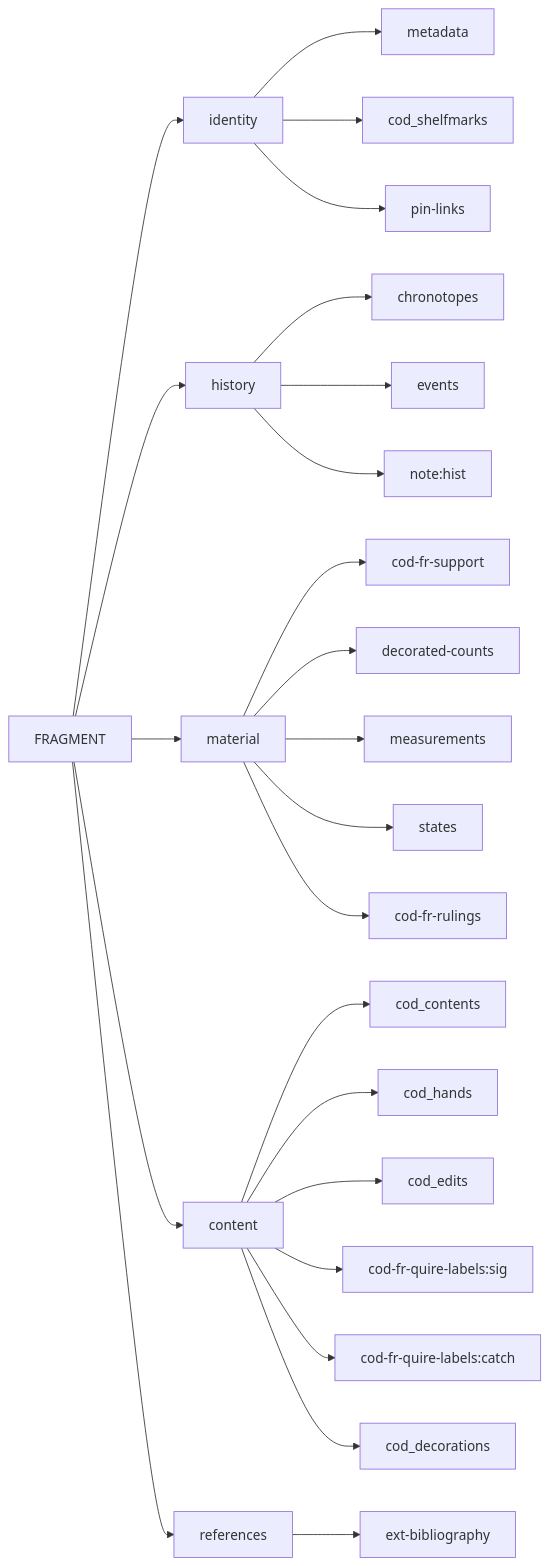
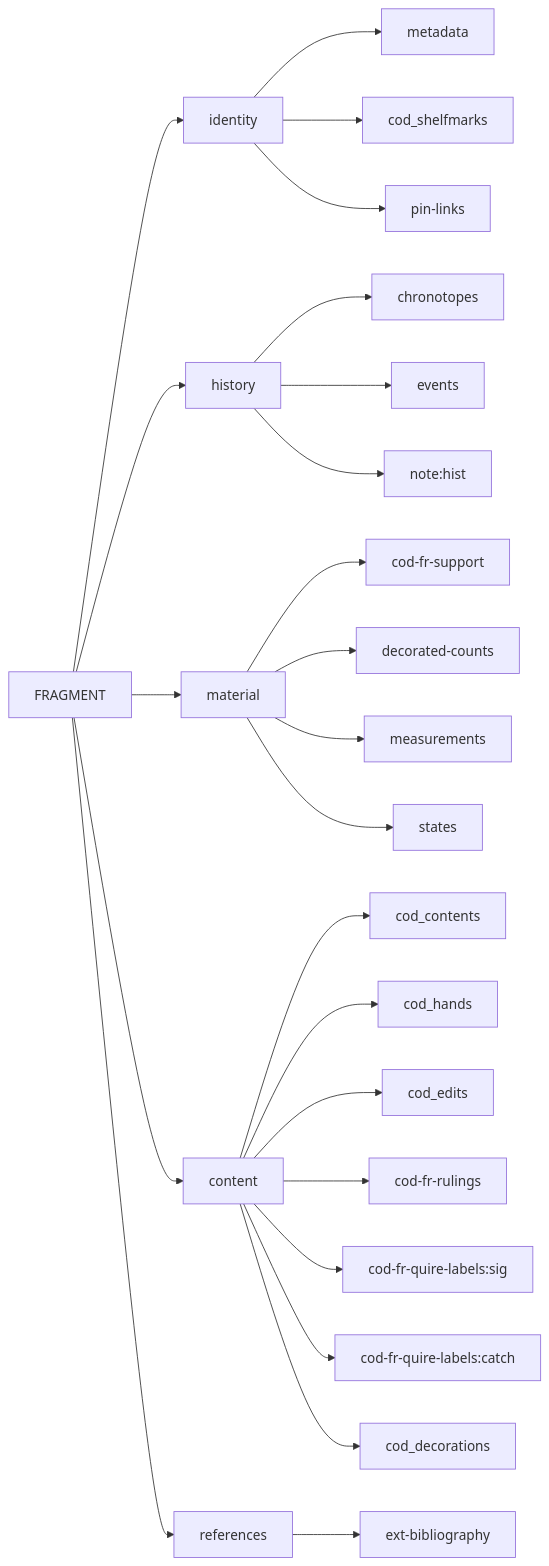
The diagram in README.md (vedph/cadmus-ndp-frac), drawn with Mermaid before and after one commit.

````diff
--- a/README.md
+++ b/README.md
@@ -23,26 +23,26 @@
 ```mermaid
 graph LR;
 FRAGMENT --> identity
 identity --> metadata
 identity --> cod_shelfmarks
 identity --> pin-links
 FRAGMENT --> history
 history --> chronotopes
 history --> events
 history --> note:hist
 FRAGMENT --> material
 material --> cod-fr-support
 material --> decorated-counts
 material --> measurements
 material --> states
-material --> cod-fr-rulings
 FRAGMENT --> content
 content --> cod_contents
 content --> cod_hands
 content --> cod_edits
+content --> cod-fr-rulings
 content --> cod-fr-quire-labels:sig
 content --> cod-fr-quire-labels:catch
 content --> cod_decorations
 FRAGMENT --> references
 references --> ext-bibliography
 ```
````
